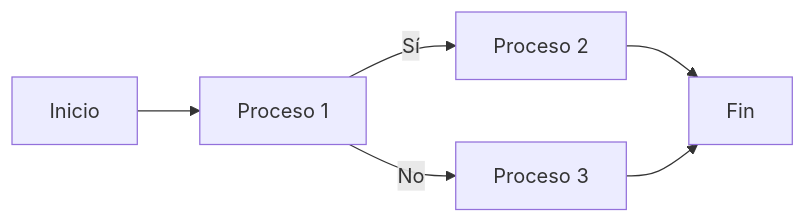
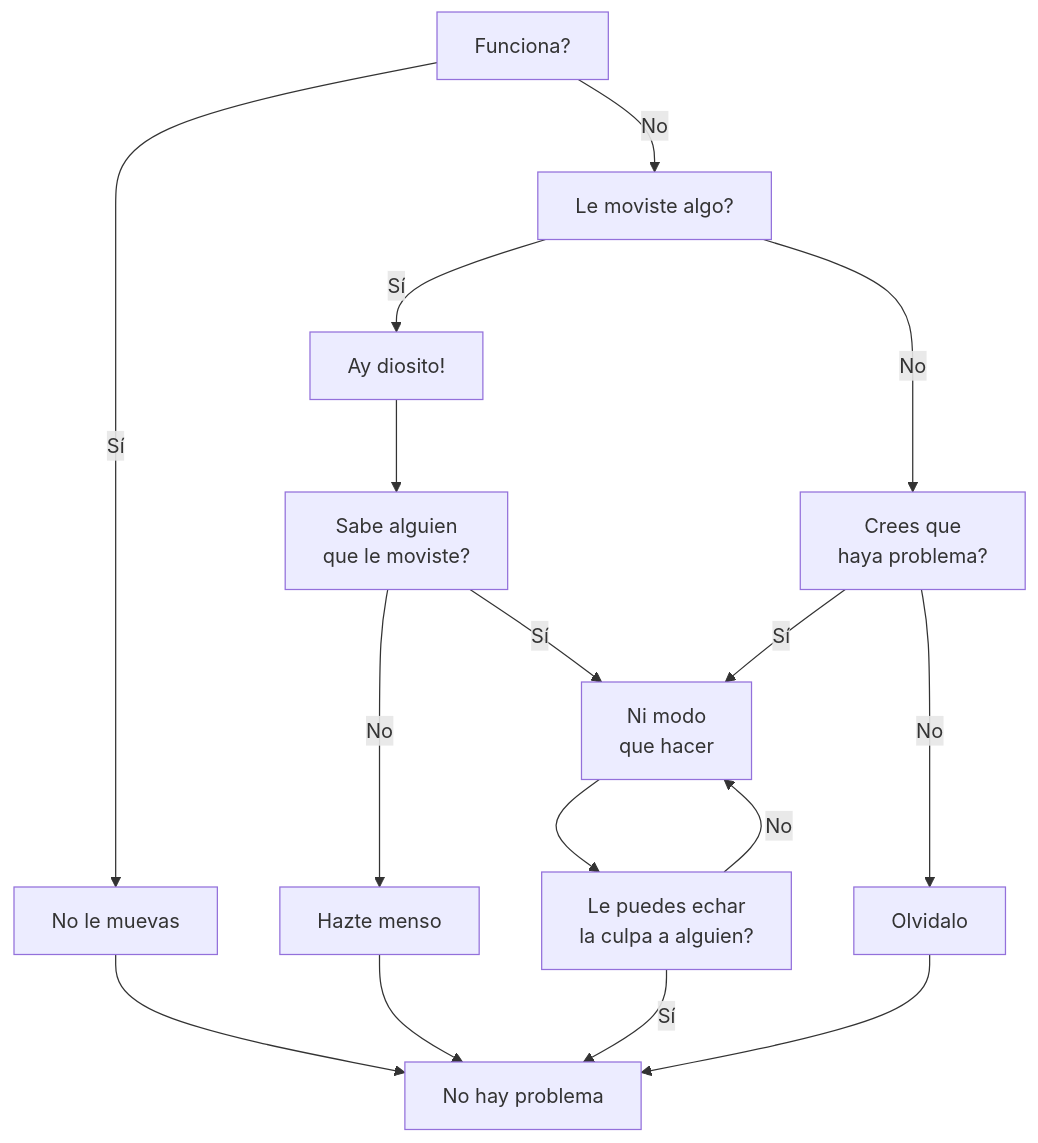
One commit to NGabrielHrz/Curso-JavaScript changed the diagram in 2.- Estrutura de programa/README.md. Above: the diagram before and after it, drawn with Mermaid. The commit also changed other lines of this file, not shown here.

Commit message:
Estructura de programa

````diff
--- a/2.- Estrutura de programa/README.md
+++ b/2.- Estrutura de programa/README.md
@@ -3,8 +5,19 @@
 ```mermaid
-graph LR;
-    A[Inicio] --> B[Proceso 1];
-    B -- Sí --> C[Proceso 2];
-    B -- No --> D[Proceso 3];
-    C --> E[Fin];
-    D --> E;
+graph TD;
+    A[Funciona?];
+    A -- Sí --> C[No le muevas];
+    A -- No --> D[Le moviste algo?];
+    C --> E[No hay problema];
+    D -- Sí --> F[Ay diosito!];
+    D -- No --> G[Crees que<br/>haya problema?];
+    F --> H[Sabe alguien<br/>que le moviste?];
+    H -- Sí --> I[Ni modo<br/>que hacer];
+    H -- No --> J[Hazte menso];
+    J --> E;
+    I --> K[Le puedes echar<br/>la culpa a alguien?];
+    K -- Sí --> E;
+    K -- No --> I;
+    G -- Sí --> I;
+    G -- No --> L[Olvidalo];
+    L --> E;
 ```
````
